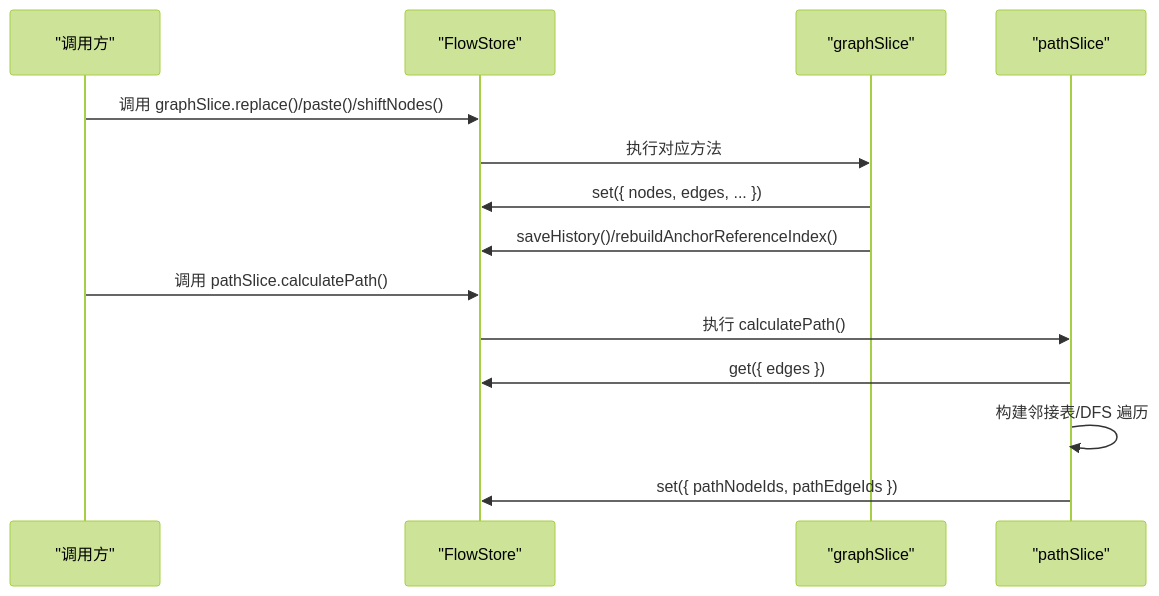
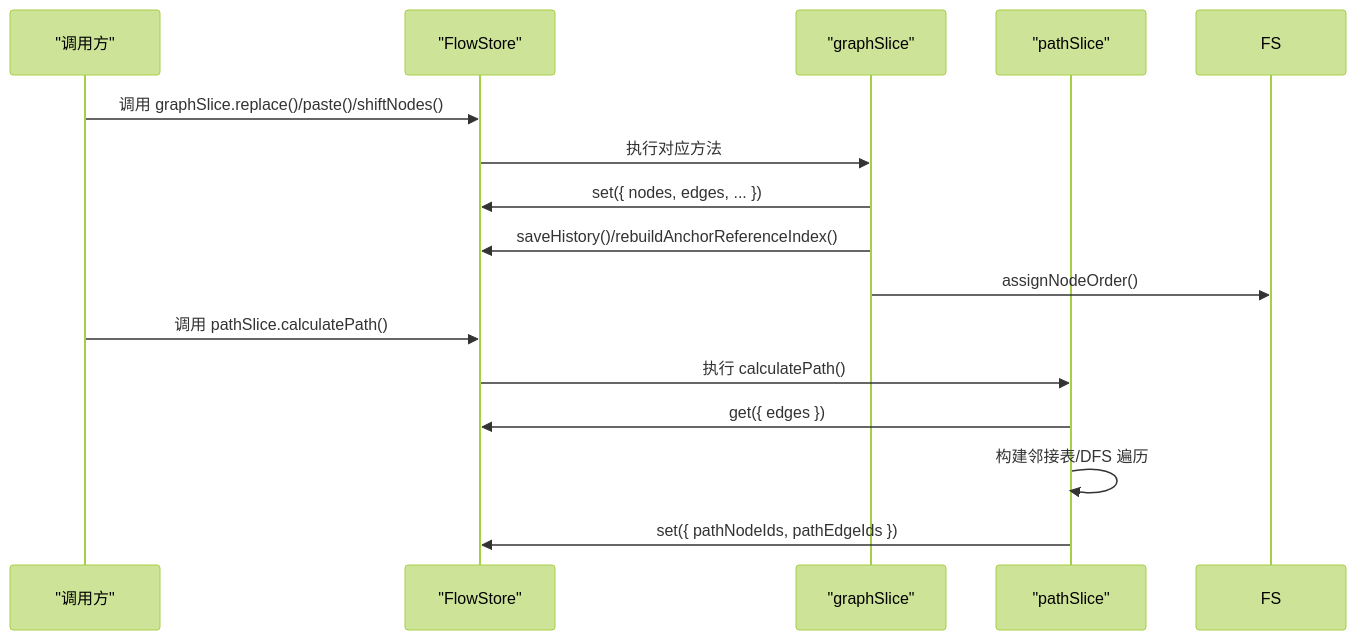
One commit to kqcoxn/MaaPipelineEditor changed the second of 6 diagrams in .qoder/repowiki/zh/content/状态管理系统/Flow Store 核心状态/图状态管理 (graphSlice).md. Above: the diagram before and after it, drawn with Mermaid (forest theme). The commit also changed other lines of this file and 37 other files, not shown here.

````diff
--- a/.qoder/repowiki/zh/content/状态管理系统/Flow Store 核心状态/图状态管理 (graphSlice).md
+++ b/.qoder/repowiki/zh/content/状态管理系统/Flow Store 核心状态/图状态管理 (graphSlice).md
@@ -104,16 +121,17 @@
 ```mermaid
 sequenceDiagram
 participant UI as "调用方"
 participant Store as "FlowStore"
 participant Graph as "graphSlice"
 participant Path as "pathSlice"
 UI->>Store : 调用 graphSlice.replace()/paste()/shiftNodes()
 Store->>Graph : 执行对应方法
 Graph->>Store : set({ nodes, edges, ... })
 Graph->>Store : saveHistory()/rebuildAnchorReferenceIndex()
+Graph->>FS : assignNodeOrder()
 UI->>Store : 调用 pathSlice.calculatePath()
 Store->>Path : 执行 calculatePath()
 Path->>Store : get({ edges })
 Path->>Path : 构建邻接表/DFS 遍历
 Path->>Store : set({ pathNodeIds, pathEdgeIds })
 ```
````
